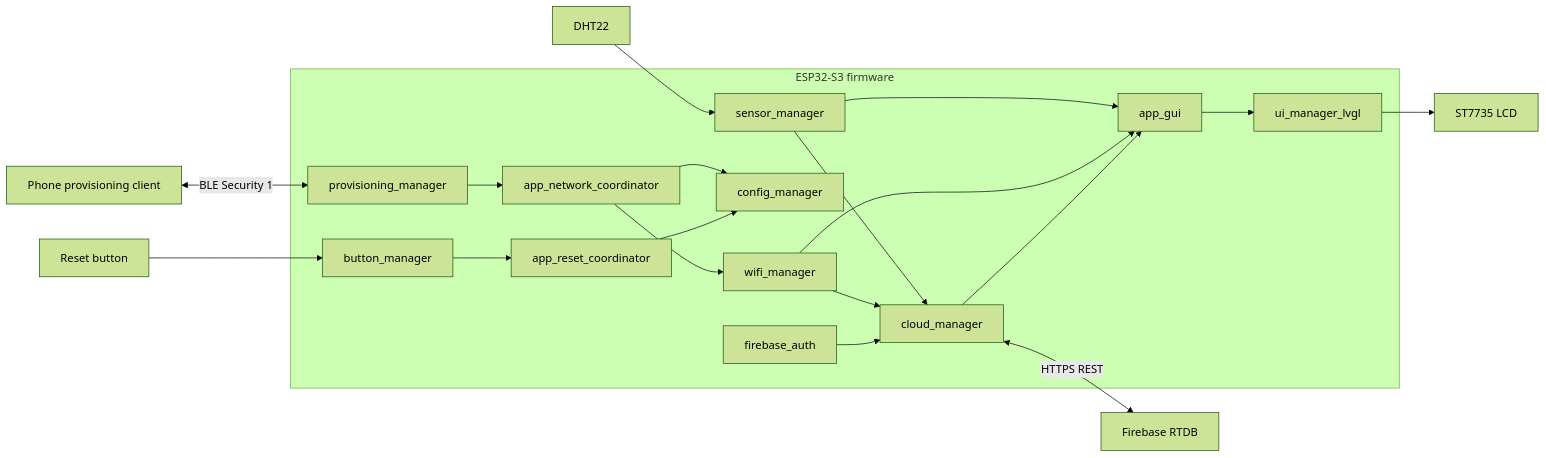
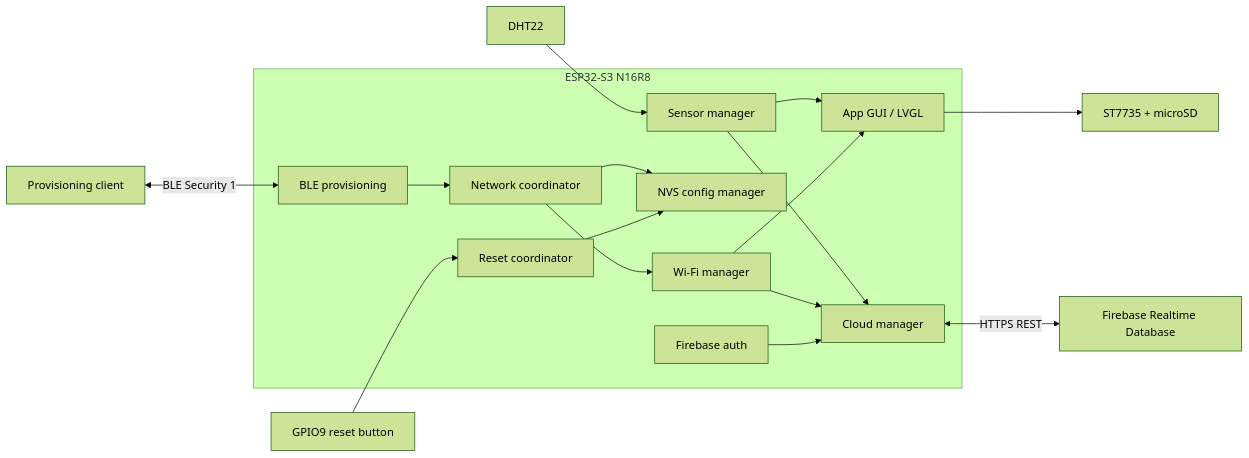
One commit to HaiHeHuoc/Smart_Room_Cloud_Gateway changed the diagram in README.md. Above: the diagram before and after it, drawn with Mermaid (forest theme). The commit also changed other lines of this file, not shown here.

````diff
--- a/README.md
+++ b/README.md
@@ -83,38 +48,35 @@
 ```mermaid
 flowchart LR
-    Phone[Phone provisioning client]
-    Firebase[Firebase RTDB]
-    LCD[ST7735 LCD]
+    Phone[Provisioning client]
+    Firebase[Firebase Realtime Database]
     DHT[DHT22]
-    Button[Reset button]
+    Button[GPIO9 reset button]
+    LCD[ST7735 + microSD]
 
-    subgraph Firmware[ESP32-S3 firmware]
-        Coordinator[app_network_coordinator]
-        Provisioning[provisioning_manager]
-        WiFi[wifi_manager]
-        Config[config_manager]
-        Sensor[sensor_manager]
-        Cloud[cloud_manager]
-        Auth[firebase_auth]
-        GUI[app_gui]
-        LVGL[ui_manager_lvgl]
-        Reset[app_reset_coordinator]
-        Input[button_manager]
+    subgraph Device[ESP32-S3 N16R8]
+        Coordinator[Network coordinator]
+        Provisioning[BLE provisioning]
+        WiFi[Wi-Fi manager]
+        Config[NVS config manager]
+        Sensor[Sensor manager]
+        Auth[Firebase auth]
+        Cloud[Cloud manager]
+        GUI[App GUI / LVGL]
+        Reset[Reset coordinator]
     end
 
     Phone <-->|BLE Security 1| Provisioning
     Provisioning --> Coordinator
     Coordinator --> Config
     Coordinator --> WiFi
     DHT --> Sensor
+    Sensor --> GUI
     Sensor --> Cloud
-    Sensor --> GUI
+    WiFi --> GUI
     WiFi --> Cloud
-    WiFi --> GUI
     Auth --> Cloud
     Cloud <-->|HTTPS REST| Firebase
-    Cloud --> GUI
-    GUI --> LVGL --> LCD
-    Button --> Input --> Reset
+    GUI --> LCD
+    Button --> Reset
     Reset --> Config
 ```
````
